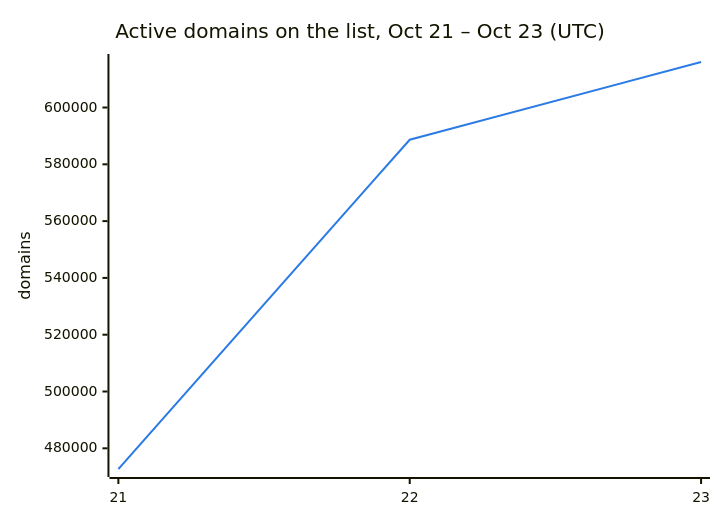
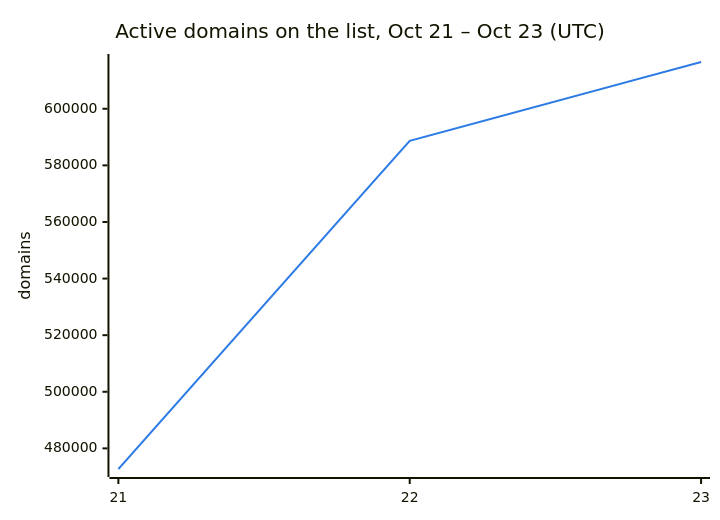
One commit to DNSBunker/CTI changed the second of 3 diagrams in README.md. Above: the diagram before and after it, drawn with Mermaid. The commit also changed other lines of this file and 3 other files, not shown here.

````diff
--- a/README.md
+++ b/README.md
@@ -38,8 +38,8 @@
 ```mermaid
 %%{init: {"themeVariables": {"xyChart": {"plotColorPalette": "#2c7be5"}}}}%%
 xychart-beta
     title "Active domains on the list, Oct 21 – Oct 23 (UTC)"
     x-axis ["21", "22", "23"]
     y-axis "domains"
-    line [472713, 588659, 616027]
+    line [472713, 588659, 616526]
 ```
````
